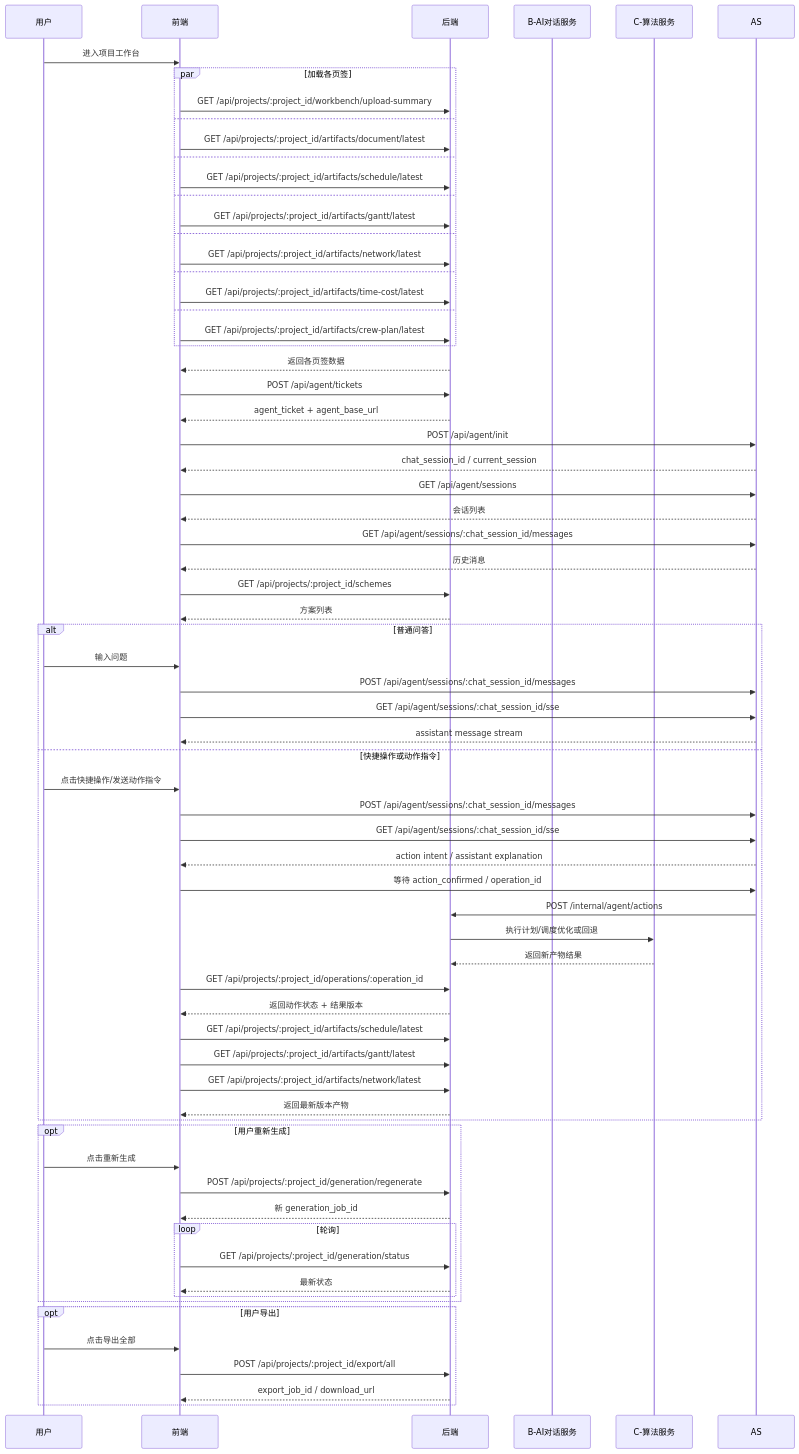
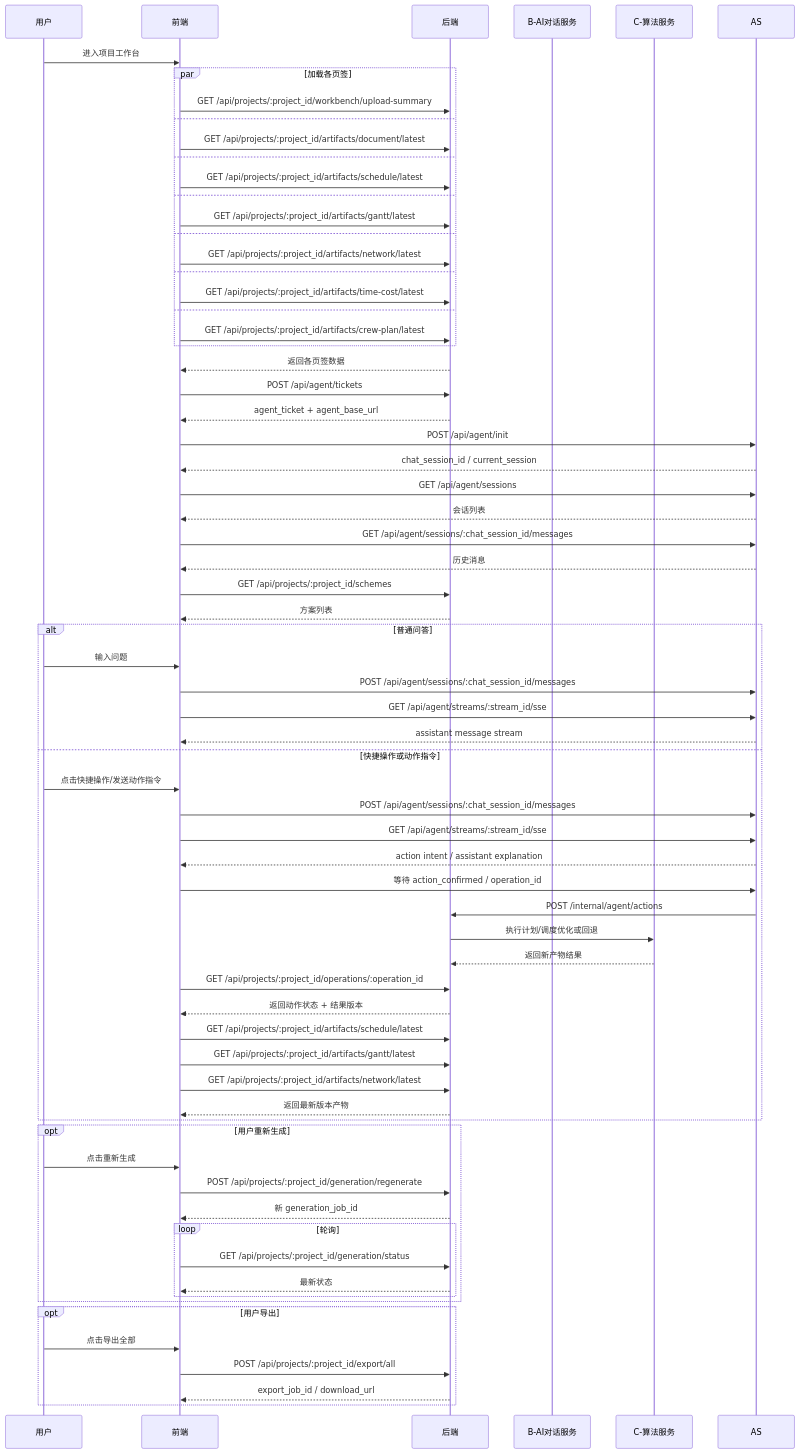
The seventh of 7 diagrams in docs/apm-frontend-api-field-spec.md (Jarvis636431/tenio), drawn with Mermaid before and after one commit. The commit also changed other lines of this file and 4 other files, not shown here.

````diff
--- a/docs/apm-frontend-api-field-spec.md
+++ b/docs/apm-frontend-api-field-spec.md
@@ -339,75 +339,75 @@
 ```mermaid
 sequenceDiagram
     participant U as 用户
     participant FE as 前端
     participant BE as 后端
     participant B as B-AI对话服务
     participant C as C-算法服务
 
     U->>FE: 进入项目工作台
     par 加载各页签
         FE->>BE: GET /api/projects/:project_id/workbench/upload-summary
         and
         FE->>BE: GET /api/projects/:project_id/artifacts/document/latest
         and
         FE->>BE: GET /api/projects/:project_id/artifacts/schedule/latest
         and
         FE->>BE: GET /api/projects/:project_id/artifacts/gantt/latest
         and
         FE->>BE: GET /api/projects/:project_id/artifacts/network/latest
         and
         FE->>BE: GET /api/projects/:project_id/artifacts/time-cost/latest
         and
         FE->>BE: GET /api/projects/:project_id/artifacts/crew-plan/latest
     end
     BE-->>FE: 返回各页签数据
 
     FE->>BE: POST /api/agent/tickets
     BE-->>FE: agent_ticket + agent_base_url
     FE->>AS: POST /api/agent/init
     AS-->>FE: chat_session_id / current_session
     FE->>AS: GET /api/agent/sessions
     AS-->>FE: 会话列表
     FE->>AS: GET /api/agent/sessions/:chat_session_id/messages
     AS-->>FE: 历史消息
     FE->>BE: GET /api/projects/:project_id/schemes
     BE-->>FE: 方案列表
 
     alt 普通问答
         U->>FE: 输入问题
         FE->>AS: POST /api/agent/sessions/:chat_session_id/messages
-        FE->>AS: GET /api/agent/sessions/:chat_session_id/sse
+        FE->>AS: GET /api/agent/streams/:stream_id/sse
         AS-->>FE: assistant message stream
     else 快捷操作或动作指令
         U->>FE: 点击快捷操作/发送动作指令
         FE->>AS: POST /api/agent/sessions/:chat_session_id/messages
-        FE->>AS: GET /api/agent/sessions/:chat_session_id/sse
+        FE->>AS: GET /api/agent/streams/:stream_id/sse
         AS-->>FE: action intent / assistant explanation
         FE->>AS: 等待 action_confirmed / operation_id
         AS->>BE: POST /internal/agent/actions
         BE->>C: 执行计划/调度优化或回退
         C-->>BE: 返回新产物结果
         FE->>BE: GET /api/projects/:project_id/operations/:operation_id
         BE-->>FE: 返回动作状态 + 结果版本
         FE->>BE: GET /api/projects/:project_id/artifacts/schedule/latest
         FE->>BE: GET /api/projects/:project_id/artifacts/gantt/latest
         FE->>BE: GET /api/projects/:project_id/artifacts/network/latest
         BE-->>FE: 返回最新版本产物
     end
 
     opt 用户重新生成
         U->>FE: 点击重新生成
         FE->>BE: POST /api/projects/:project_id/generation/regenerate
         BE-->>FE: 新 generation_job_id
         loop 轮询
             FE->>BE: GET /api/projects/:project_id/generation/status
             BE-->>FE: 最新状态
         end
     end
 
     opt 用户导出
         U->>FE: 点击导出全部
         FE->>BE: POST /api/projects/:project_id/export/all
         BE-->>FE: export_job_id / download_url
     end
 ```
````
